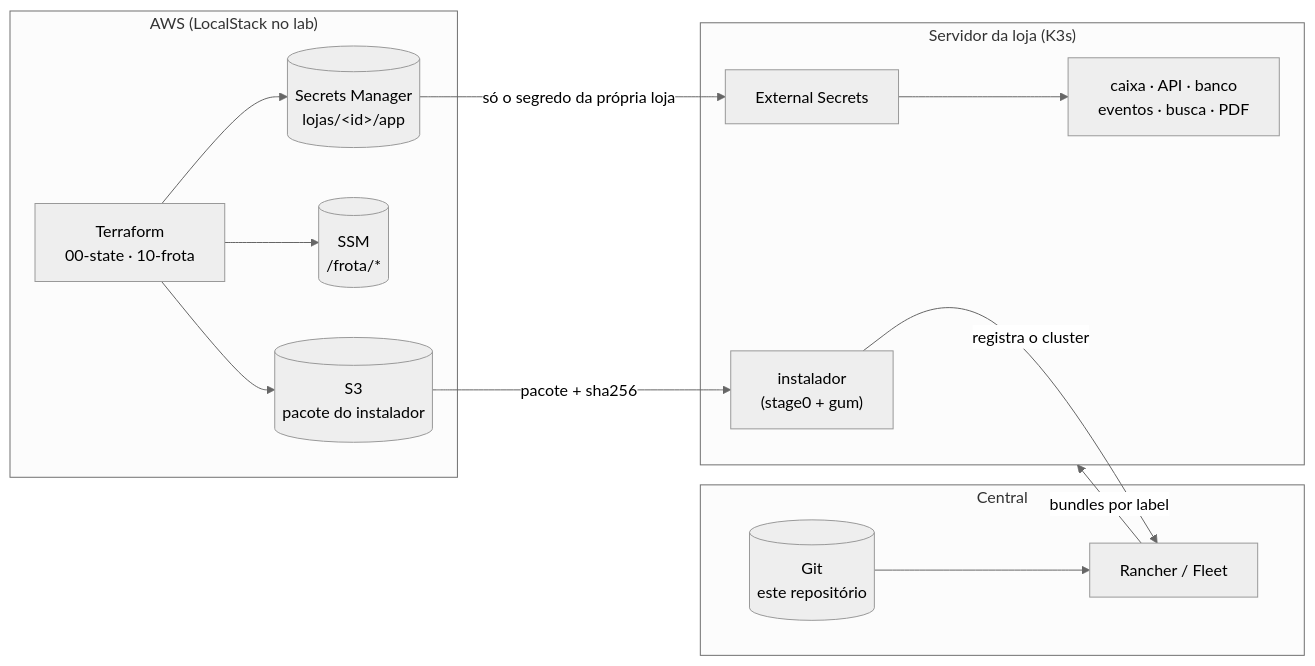
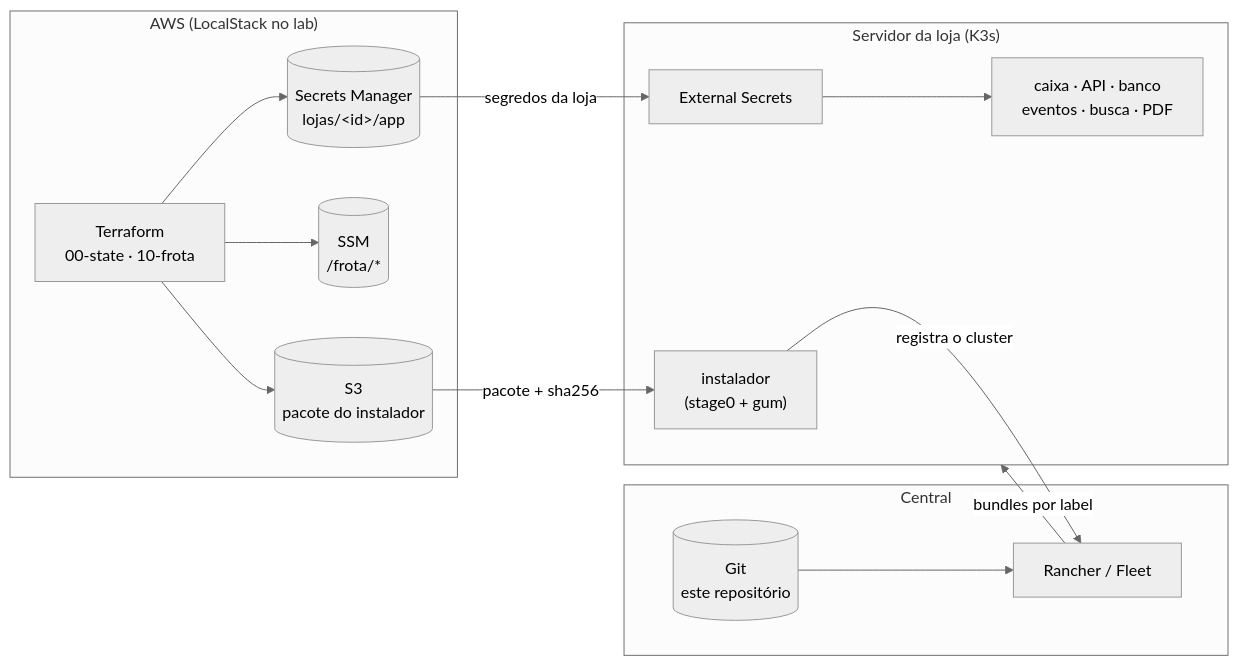
One commit to omatheusgit/k3s-gitops-edge changed the first of 2 diagrams in README.md. Above: the diagram before and after it, drawn with Mermaid (neutral theme). The commit also changed other lines of this file and 2 other files, not shown here.

````diff
--- a/README.md
+++ b/README.md
@@ -42,27 +44,27 @@
 ```mermaid
 flowchart LR
     subgraph aws["AWS (LocalStack no lab)"]
         tf["Terraform<br/>00-state · 10-frota"]
         sm[("Secrets Manager<br/>lojas/&lt;id&gt;/app")]
         ssm[("SSM<br/>/frota/*")]
         s3[("S3<br/>pacote do instalador")]
         tf --> sm & ssm & s3
     end
 
     subgraph central["Central"]
         fleet["Rancher / Fleet"]
         git[("Git<br/>este repositório")]
         git --> fleet
     end
 
     subgraph loja["Servidor da loja (K3s)"]
         inst["instalador<br/>(stage0 + gum)"]
         eso["External Secrets"]
         apps["caixa · API · banco<br/>eventos · busca · PDF"]
     end
 
     s3 -- "pacote + sha256" --> inst
     inst -- "registra o cluster" --> fleet
     fleet -- "bundles por label" --> loja
-    sm -- "só o segredo da própria loja" --> eso --> apps
+    sm -- "segredos da loja" --> eso --> apps
 ```
````
